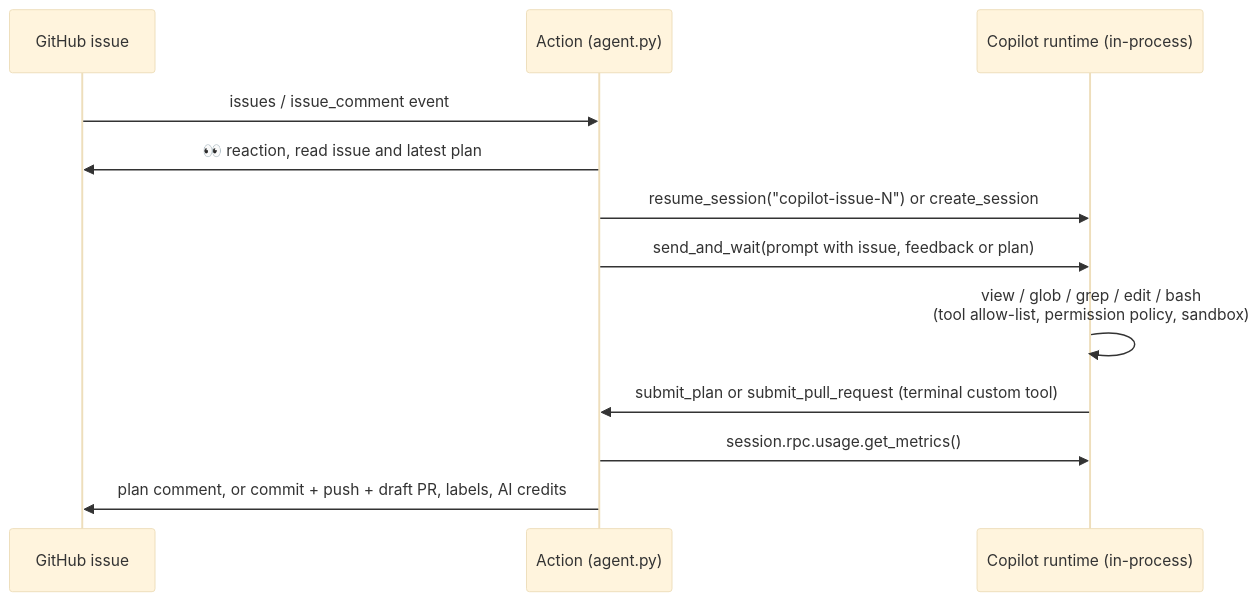
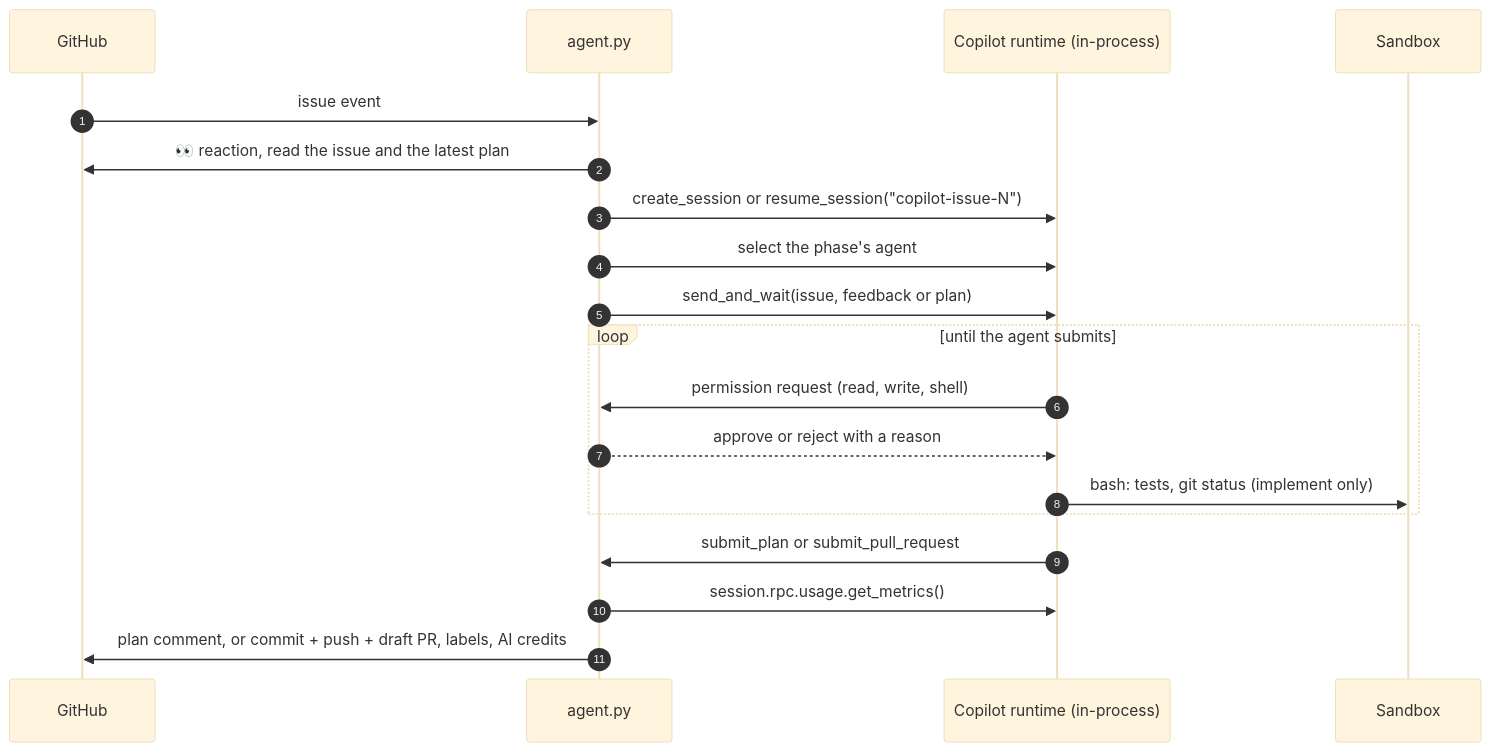
Before and after one commit to jeffrey-groneberg/issue-implementer: the fourth of 10 diagrams in README.md, drawn with Mermaid (base theme). The commit also changed other lines of this file, not shown here.

First line of the commit message:
docs: visualize the flow, custom agents and sandboxing

````diff
--- a/README.md
+++ b/README.md
@@ -121,14 +144,21 @@
 ```mermaid
 sequenceDiagram
-    participant GH as GitHub issue
-    participant A as Action (agent.py)
+    autonumber
+    participant GH as GitHub
+    participant A as agent.py
     participant R as Copilot runtime (in-process)
-    GH->>A: issues / issue_comment event
-    A->>GH: 👀 reaction, read issue and latest plan
-    A->>R: resume_session("copilot-issue-N") or create_session
-    A->>R: send_and_wait(prompt with issue, feedback or plan)
-    R->>R: view / glob / grep / edit / bash<br/>(tool allow-list, permission policy, sandbox)
-    R->>A: submit_plan or submit_pull_request (terminal custom tool)
+    participant S as Sandbox
+    GH->>A: issue event
+    A->>GH: 👀 reaction, read the issue and the latest plan
+    A->>R: create_session or resume_session("copilot-issue-N")
+    A->>R: select the phase's agent
+    A->>R: send_and_wait(issue, feedback or plan)
+    loop until the agent submits
+        R->>A: permission request (read, write, shell)
+        A-->>R: approve or reject with a reason
+        R->>S: bash: tests, git status (implement only)
+    end
+    R->>A: submit_plan or submit_pull_request
     A->>R: session.rpc.usage.get_metrics()
     A->>GH: plan comment, or commit + push + draft PR, labels, AI credits
 ```
````
